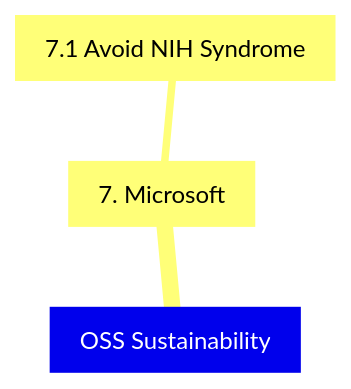
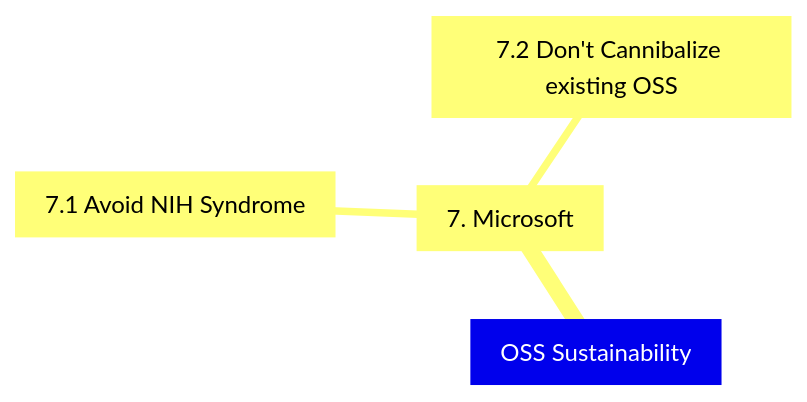
One commit to AWiderDotNET/home changed the seventh of 8 diagrams in README.md. Above: the diagram before and after it, drawn with Mermaid.

````diff
--- a/README.md
+++ b/README.md
@@ -111,6 +111,7 @@
 ```mermaid
 mindmap
   root[OSS Sustainability]
     7[7. Microsoft]
       7.1[7.1 Avoid NIH Syndrome]
+      7.2[7.2 Don't Cannibalize existing OSS]
 ```
````
